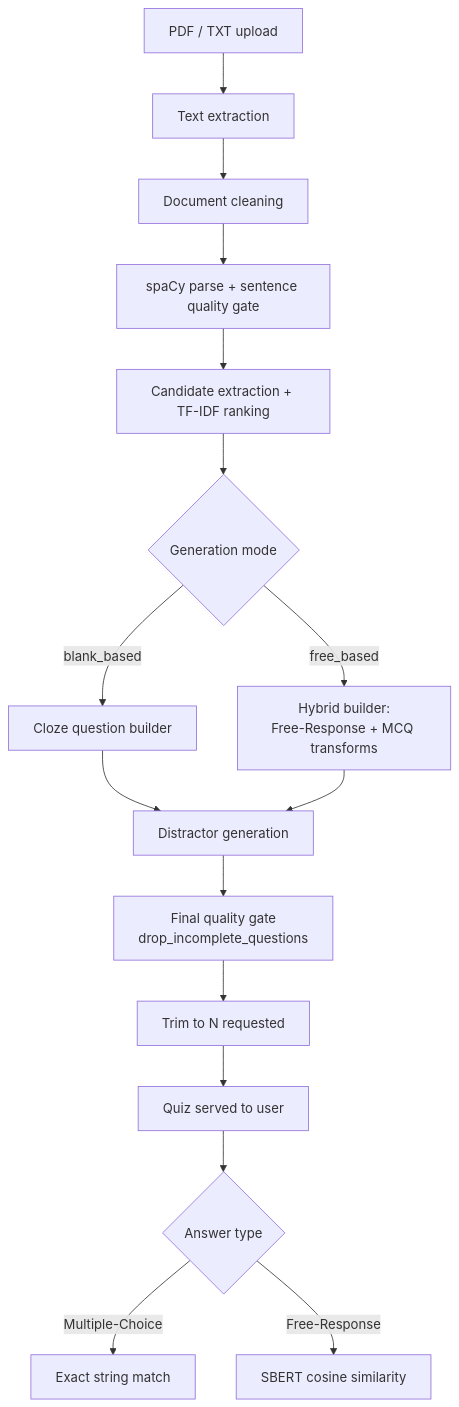
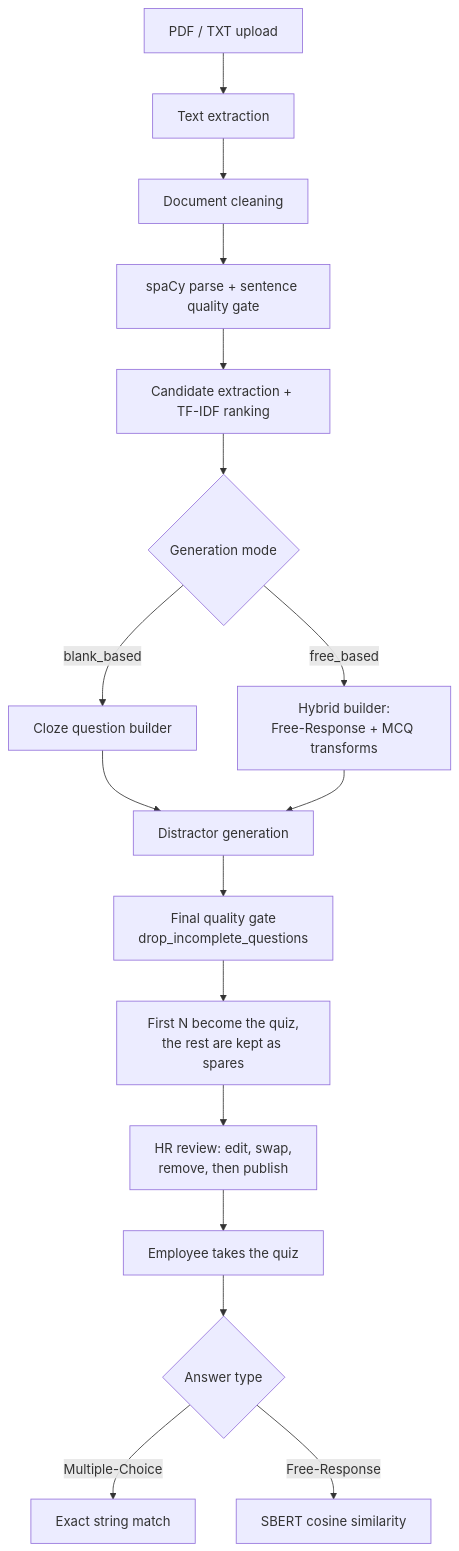
One commit to Ashraf-Etmeh/Question-Generation-system changed the diagram in ALGORITHMS.md. Above: the diagram before and after it, drawn with Mermaid. The commit also changed other lines of this file and 39 other files, not shown here.

First line of the commit message:
Add HR review flow and redesigned interface; fix security and quality issues

````diff
--- a/ALGORITHMS.md
+++ b/ALGORITHMS.md
@@ -12,18 +12,19 @@
 ```mermaid
 flowchart TD
     A[PDF / TXT upload] --> B[Text extraction]
     B --> C[Document cleaning]
     C --> D[spaCy parse + sentence quality gate]
     D --> E[Candidate extraction + TF-IDF ranking]
     E --> F{Generation mode}
     F -->|blank_based| G[Cloze question builder]
     F -->|free_based| H[Hybrid builder:\nFree-Response + MCQ transforms]
     G --> I[Distractor generation]
     H --> I
     I --> J[Final quality gate\ndrop_incomplete_questions]
-    J --> K[Trim to N requested]
-    K --> L[Quiz served to user]
+    J --> K[First N become the quiz,\nthe rest are kept as spares]
+    K --> R[HR review: edit, swap,\nremove, then publish]
+    R --> L[Employee takes the quiz]
     L --> M{Answer type}
     M -->|Multiple-Choice| N[Exact string match]
     M -->|Free-Response| O[SBERT cosine similarity]
 ```
````
